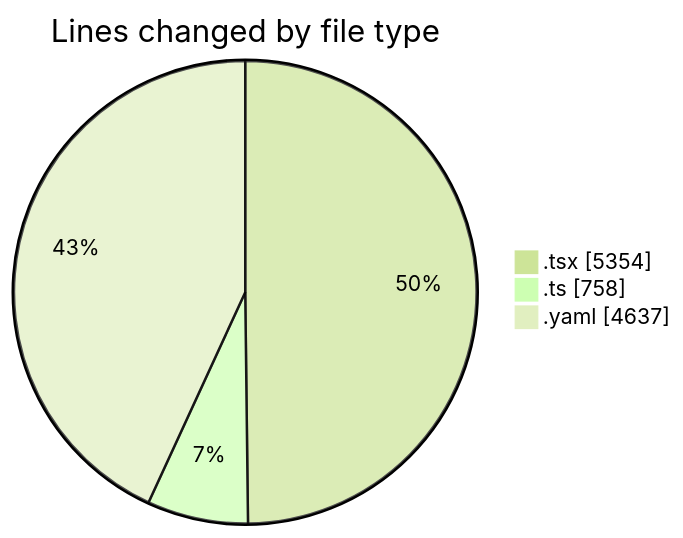
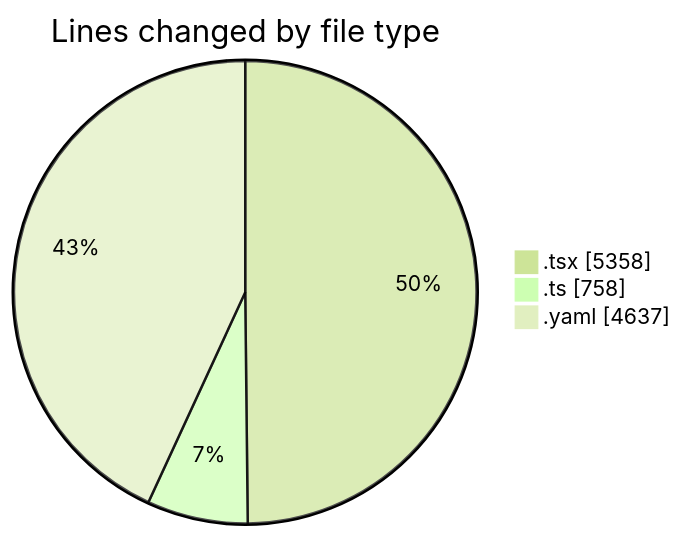
One commit to julien-gomy/code-tracking changed the first of 2 diagrams in 2025-10-13/eventscop-frontend-guide__workspace_/README.md. Above: the diagram before and after it, drawn with Mermaid (forest theme). The commit also changed other lines of this file and 1 other file, not shown here.

````diff
--- a/2025-10-13/eventscop-frontend-guide__workspace_/README.md
+++ b/2025-10-13/eventscop-frontend-guide__workspace_/README.md
@@ -46,7 +46,7 @@
 ```mermaid
 pie showData
 title Lines changed by file type
-".tsx" : 5354
+".tsx" : 5358
 ".ts" : 758
 ".yaml" : 4637
 ```
````
